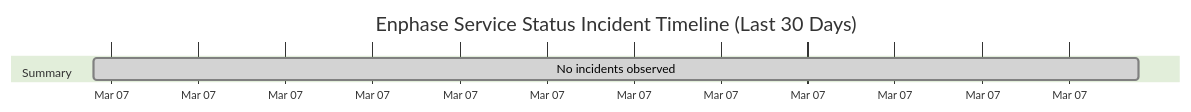
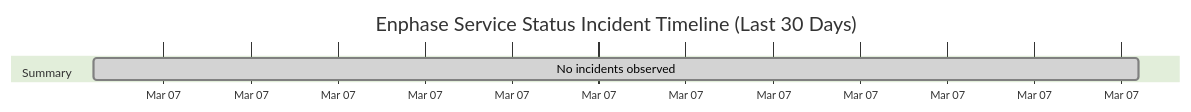
The diagram in wiki/Service-Status-History.md (barneyonline/ha-enphase-ev-charger), drawn with Mermaid (forest theme) before and after one commit. The commit also changed other lines of this file and 3 other files, not shown here.

````diff
--- a/wiki/Service-Status-History.md
+++ b/wiki/Service-Status-History.md
@@ -14,8 +14,8 @@
 ```mermaid
 gantt
     title Enphase Service Status Incident Timeline (Last 30 Days)
     dateFormat  YYYY-MM-DDTHH:mm:ss
     axisFormat  %b %d
     section Summary
-    No incidents observed :done, 2026-03-07T22:13:59, 1m
+    No incidents observed :done, 2026-03-07T23:14:06, 1m
 ```
````
